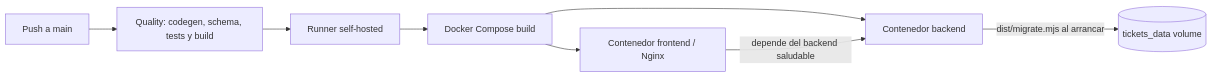
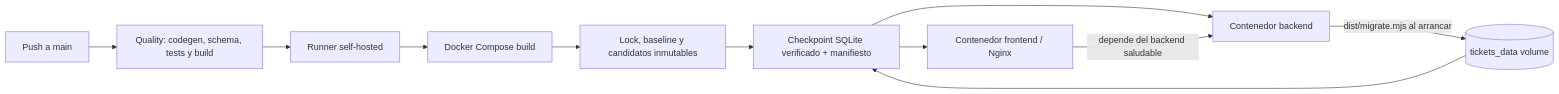
Diagram 12 of 12 in docs/ARQUITECTURA.MD (marianoLaclau/ticketsAdmin), drawn with Mermaid before and after one commit. The commit also changed other lines of this file and 12 other files, not shown here.

````diff
--- a/docs/ARQUITECTURA.MD
+++ b/docs/ARQUITECTURA.MD
@@ -455,16 +455,20 @@
 ```mermaid
 flowchart LR
     git[Push a main]
     quality[Quality: codegen, schema, tests y build]
     runner[Runner self-hosted]
     images[Docker Compose build]
+    release[Lock, baseline y candidatos inmutables]
+    checkpoint[Checkpoint SQLite verificado + manifiesto]
     backendc[Contenedor backend]
     frontendc[Contenedor frontend / Nginx]
     volume[(tickets_data volume)]
 
-    git --> quality --> runner --> images
-    images --> backendc
-    images --> frontendc
+    git --> quality --> runner --> images --> release
+    volume --> checkpoint
+    release --> checkpoint
+    checkpoint --> backendc
+    checkpoint --> frontendc
     backendc -->|dist/migrate.mjs al arrancar| volume
     frontendc -->|depende del backend saludable| backendc
 ```
````
